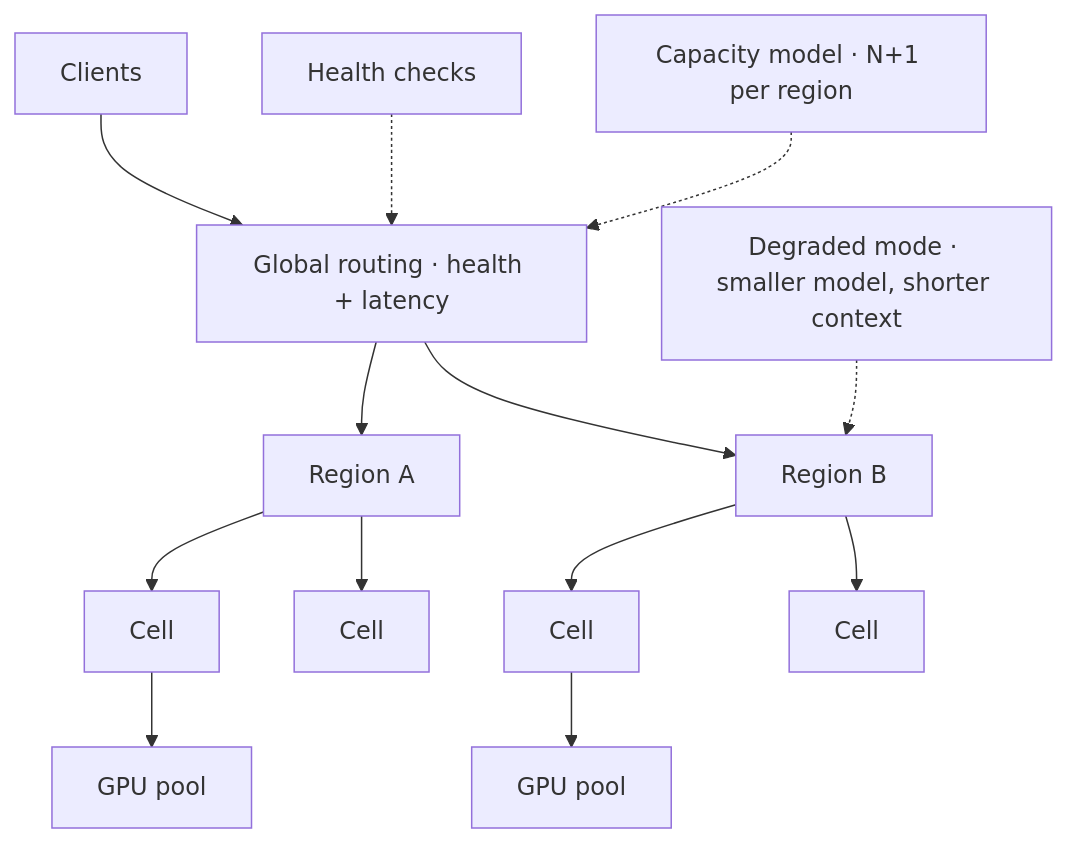
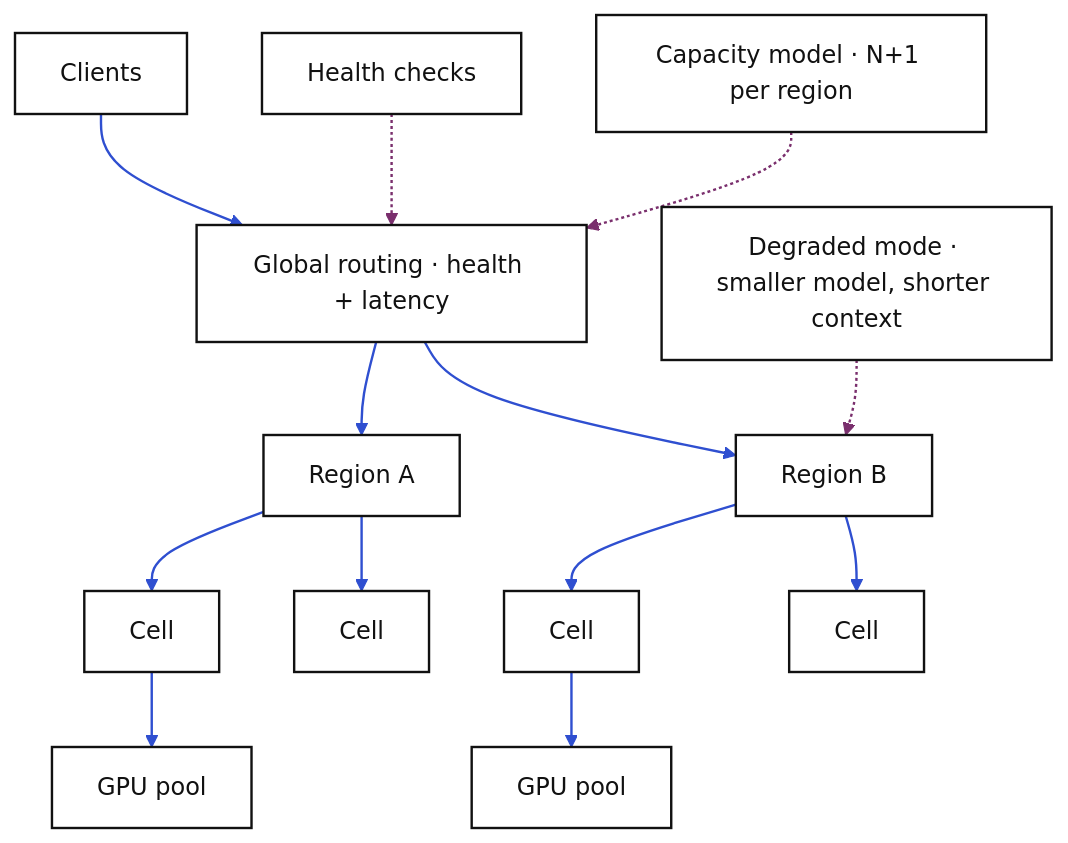
The diagram in diagrams-src/infra-multiregion/architecture.mmd (kkanakka/kkanakka.github.io), drawn with Mermaid before and after one commit. The commit also changed 115 other files, not shown here.

First line of the commit message:
Restyle architecture diagrams: black on white, blue sync, purple async

```diff
--- a/diagrams-src/infra-multiregion/architecture.mmd
+++ b/diagrams-src/infra-multiregion/architecture.mmd
@@ -1,15 +1,20 @@
 %% section: Design
 %% caption: Architecture
 flowchart TB
     U["Clients"] --> GSLB["Global routing · health + latency"]
     GSLB --> RA["Region A"]
     GSLB --> RB["Region B"]
     RA --> CA1["Cell"]
     RA --> CA2["Cell"]
     RB --> CB1["Cell"]
     RB --> CB2["Cell"]
     CA1 --> GA["GPU pool"]
     CB1 --> GB["GPU pool"]
     HC["Health checks"] -.-> GSLB
     CAP["Capacity model · N+1 per region"] -.-> GSLB
     DEG["Degraded mode · smaller model, shorter context"] -.-> RB
+%% --- style (generated by scripts/style-flowcharts.js) ---
+    classDef n fill:#ffffff,stroke:#111111,stroke-width:1.6px,color:#111111;
+    class U,GSLB,RA,RB,CA1,CA2,CB1,CB2,GA,GB,HC,CAP,DEG n;
+    linkStyle 0,1,2,3,4,5,6,7,8 stroke:#2f4fd0,stroke-width:1.6px;
+    linkStyle 9,10,11 stroke:#7a2f6d,stroke-width:1.6px;
```
